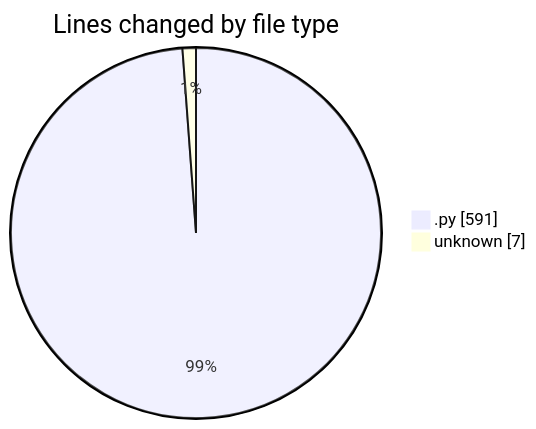
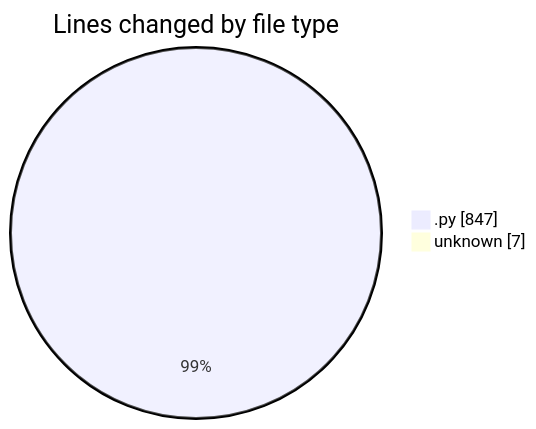
The first of 2 diagrams in 2025-01-21/monteur_automatique/README.md (CELIANVF/code-tracking), drawn with Mermaid before and after one commit. The commit also changed other lines of this file and 1 other file, not shown here.

````diff
--- a/2025-01-21/monteur_automatique/README.md
+++ b/2025-01-21/monteur_automatique/README.md
@@ -23,6 +23,6 @@
 ```mermaid
 pie showData
 title Lines changed by file type
-".py" : 591
+".py" : 847
 "unknown" : 7
 ```
````
